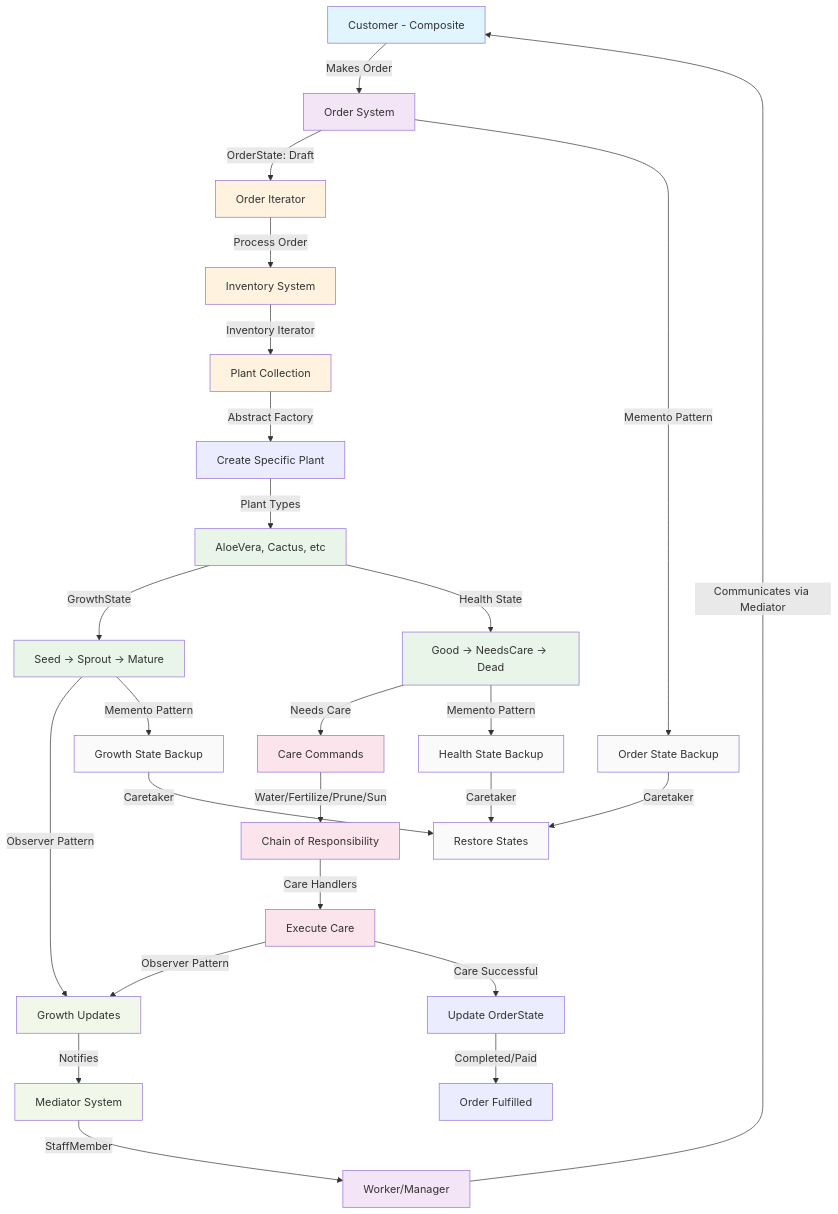
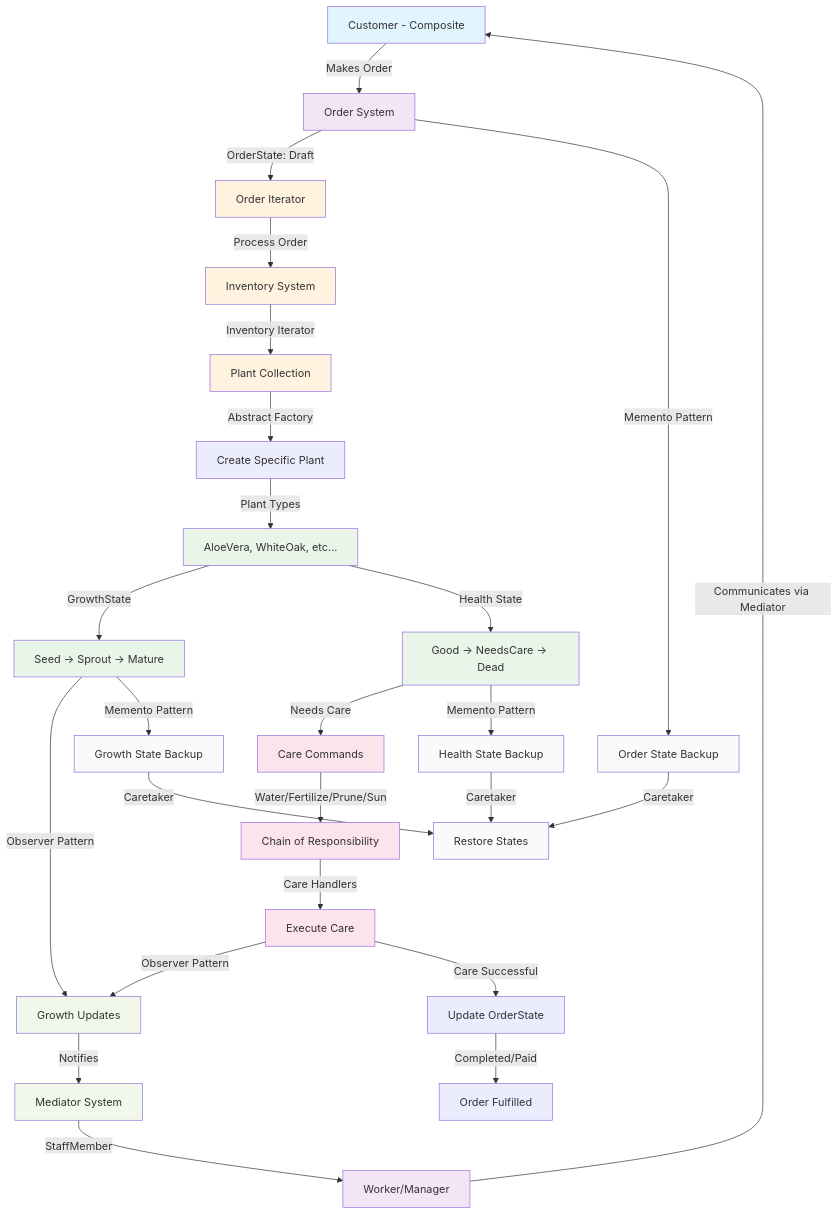
Before and after one commit to Ayush-B99/COS-214-Final-Project: the diagram in README.md, drawn with Mermaid. The commit also changed other lines of this file, not shown here.

````diff
--- a/README.md
+++ b/README.md
@@ -300,61 +300,61 @@
 ```mermaid
 graph TD
     %% Customer & Order Flow
     A[Customer - Composite] -->|Makes Order| B[Order System]
     B -->|OrderState: Draft| C[Order Iterator]
     C -->|Process Order| D[Inventory System]
     
     %% Plant Creation Flow
     D -->|Inventory Iterator| E[Plant Collection]
     E -->|Abstract Factory| F[Create Specific Plant]
-    F -->|Plant Types| G[AloeVera, Cactus, etc]
+    F -->|Plant Types| G[AloeVera, WhiteOak, etc...]
     
     %% Plant Lifecycle Flow
     G -->|GrowthState| H[Seed → Sprout → Mature]
     G -->|Health State| I[Good → NeedsCare → Dead]
     
     %% Care System Flow
     I -->|Needs Care| J[Care Commands]
     J -->|Water/Fertilize/Prune/Sun| K[Chain of Responsibility]
     K -->|Care Handlers| L[Execute Care]
     
     %% Monitoring & Communication
     L -->|Observer Pattern| M[Growth Updates]
     H -->|Observer Pattern| M
     M -->|Notifies| N[Mediator System]
     
     %% Communication Flow
     N -->|StaffMember| O[Worker/Manager]
     O -->|Communicates via Mediator| A
     
     %% State Management
     H -->|Memento Pattern| P[Growth State Backup]
     I -->|Memento Pattern| Q[Health State Backup]
     B -->|Memento Pattern| R[Order State Backup]
     
     %% State Recovery
     P -->|Caretaker| S[Restore States]
     Q -->|Caretaker| S
     R -->|Caretaker| S
     
     %% Order Completion
     L -->|Care Successful| T[Update OrderState]
     T -->|Completed/Paid| U[Order Fulfilled]
     
     %% Styling
     classDef customer fill:#e1f5fe
     classDef order fill:#f3e5f5
     classDef plant fill:#e8f5e8
     classDef state fill:#fff3e0
     classDef command fill:#fce4ec
     classDef communication fill:#f1f8e9
     classDef persistence fill:#fafafa
     
     class A customer
     class B,O order
     class G,H,I plant
     class C,D,E state
     class J,K,L command
     class M,N communication
     class P,Q,R,S persistence
 ```
````
